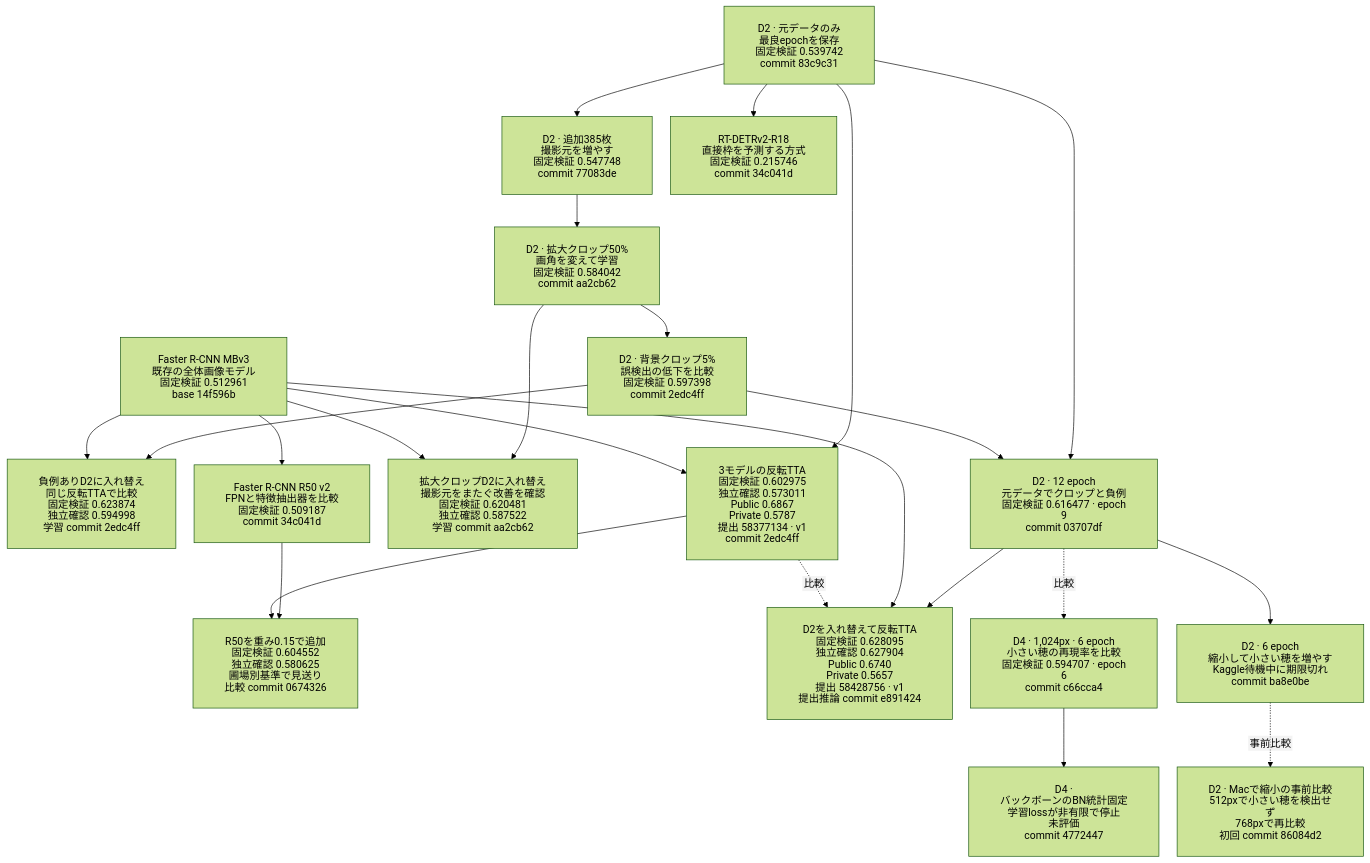
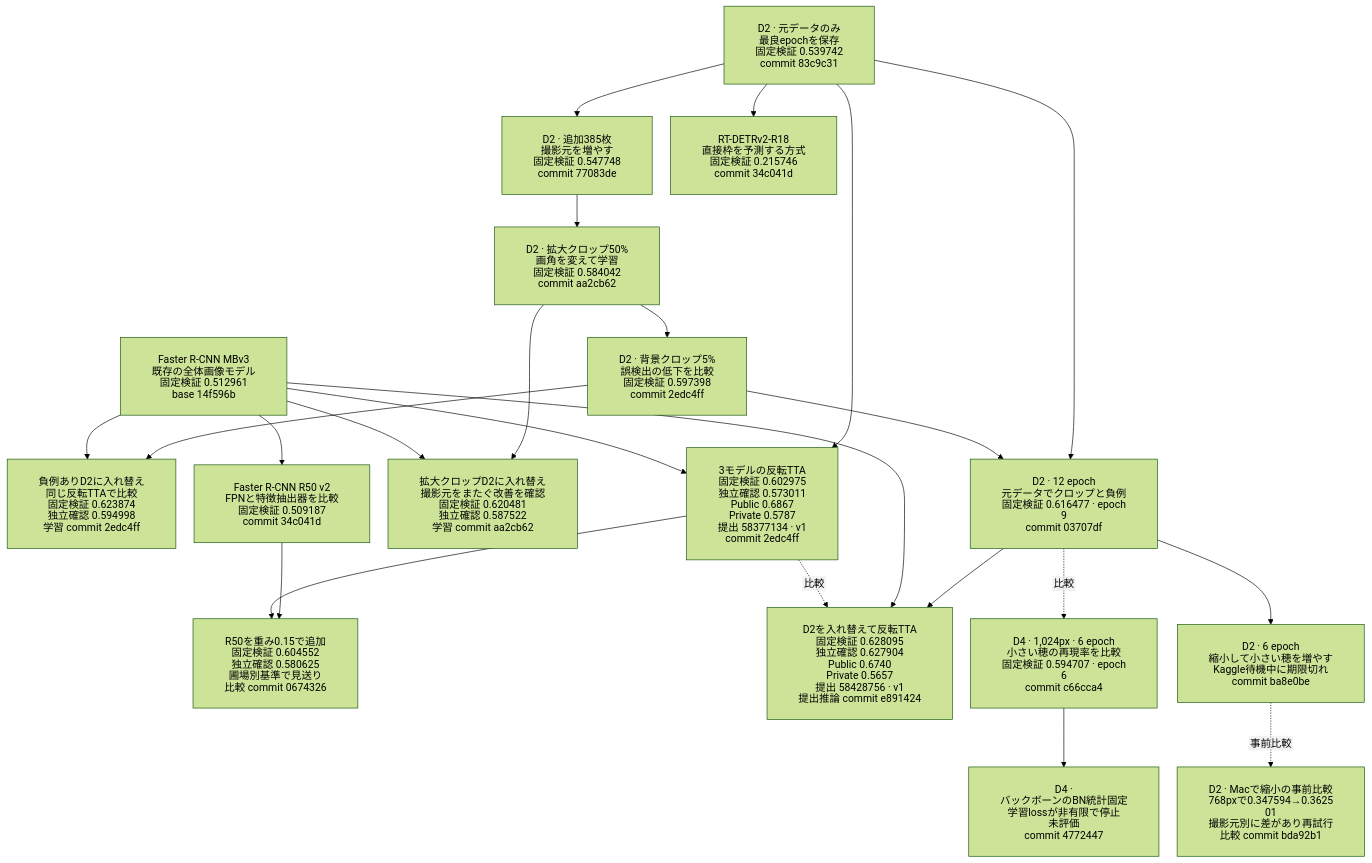
Before and after one commit to Yutarotaro/kaggle-global-wheat-detection: the fifth of 5 diagrams in docs/experiment-lineage.md, drawn with Mermaid (forest theme). The commit also changed 1 other file, not shown here.

Commit message:
docs: Macでの768px比較と再現確認の条件を記録する

````diff
--- a/docs/experiment-lineage.md
+++ b/docs/experiment-lineage.md
@@ -164,42 +164,42 @@
 ```mermaid
 %%{init: {"htmlLabels": false, "flowchart": {"padding": 24, "nodeSpacing": 28}}}%%
 flowchart TB
     M["Faster R-CNN MBv3<br/>既存の全体画像モデル<br/>固定検証 0.512961<br/>base 14f596b"]
     D["D2 · 元データのみ<br/>最良epochを保存<br/>固定検証 0.539742<br/>commit 83c9c31"]
     F["D2 · 追加385枚<br/>撮影元を増やす<br/>固定検証 0.547748<br/>commit 77083de"]
     C["D2 · 拡大クロップ50%<br/>画角を変えて学習<br/>固定検証 0.584042<br/>commit aa2cb62"]
     N["D2 · 背景クロップ5%<br/>誤検出の低下を比較<br/>固定検証 0.597398<br/>commit 2edc4ff"]
     U["負例ありD2に入れ替え<br/>同じ反転TTAで比較<br/>固定検証 0.623874<br/>独立確認 0.594998<br/>学習 commit 2edc4ff"]
     S["3モデルの反転TTA<br/>固定検証 0.602975<br/>独立確認 0.573011<br/>Public 0.6867<br/>Private 0.5787<br/>提出 58377134 · v1<br/>commit 2edc4ff"]
     Z["拡大クロップD2に入れ替え<br/>撮影元をまたぐ改善を確認<br/>固定検証 0.620481<br/>独立確認 0.587522<br/>学習 commit aa2cb62"]
     T["RT-DETRv2-R18<br/>直接枠を予測する方式<br/>固定検証 0.215746<br/>commit 34c041d"]
     R["Faster R-CNN R50 v2<br/>FPNと特徴抽出器を比較<br/>固定検証 0.509187<br/>commit 34c041d"]
     R15["R50を重み0.15で追加<br/>固定検証 0.604552<br/>独立確認 0.580625<br/>圃場別基準で見送り<br/>比較 commit 0674326"]
     L["D2 · 12 epoch<br/>元データでクロップと負例<br/>固定検証 0.616477 · epoch 9<br/>commit 03707df"]
     P["D2を入れ替えて反転TTA<br/>固定検証 0.628095<br/>独立確認 0.627904<br/>Public 0.6740<br/>Private 0.5657<br/>提出 58428756 · v1<br/>提出推論 commit e891424"]
     D4["D4 · 1,024px · 6 epoch<br/>小さい穂の再現率を比較<br/>固定検証 0.594707 · epoch 6<br/>commit c66cca4"]
     DB["D4 · バックボーンのBN統計固定<br/>学習lossが非有限で停止<br/>未評価<br/>commit 4772447"]
     DS["D2 · 6 epoch<br/>縮小して小さい穂を増やす<br/>Kaggle待機中に期限切れ<br/>commit ba8e0be"]
-    DSP["D2 · Macで縮小の事前比較<br/>512pxで小さい穂を検出せず<br/>768pxで再比較<br/>初回 commit 86084d2"]
+    DSP["D2 · Macで縮小の事前比較<br/>768pxで0.347594→0.362501<br/>撮影元別に差があり再試行<br/>比較 commit bda92b1"]
 
     D --> F --> C --> N
     C --> Z
     M --> Z
     D --> S
     M --> S
     D --> T
     D --> L
     N --> L
     N --> U
     M --> U
     M --> R
     R --> R15
     S --> R15
     L --> P
     M --> P
     S -. 比較 .-> P
     L -. 比較 .-> D4
     D4 --> DB
     L --> DS
     DS -. 事前比較 .-> DSP
 ```
````
